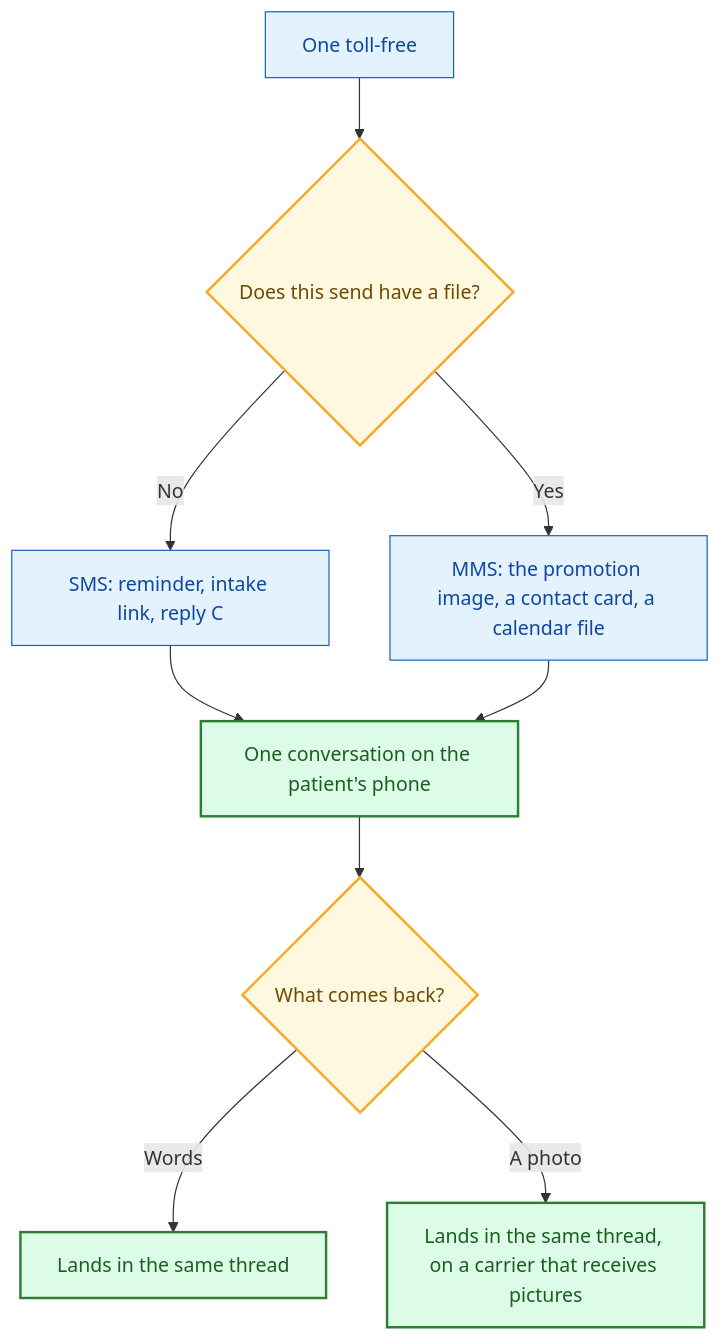
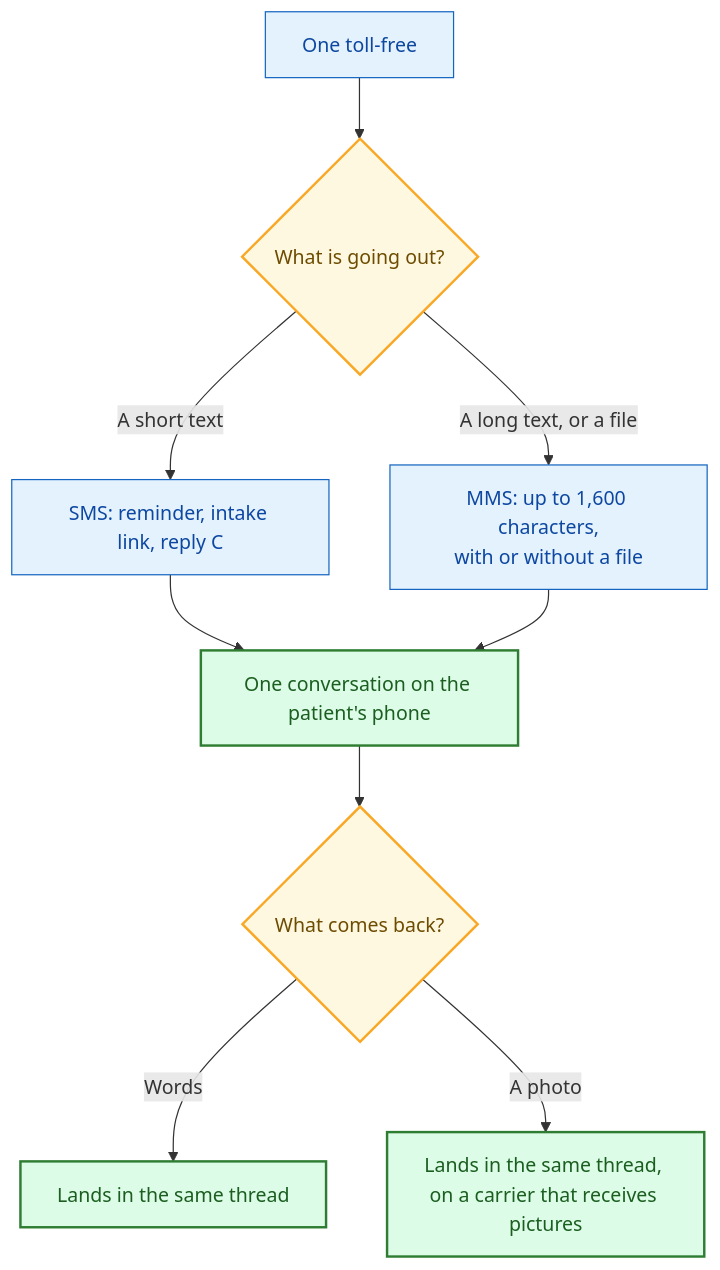
The third of 3 diagrams in docs/sms-and-picture-messages.md (daava-hq/shared-docs), drawn with Mermaid before and after one commit. The commit also changed other lines of this file, not shown here.

First line of the commit message:
Treat a long text as MMS, and drop contact cards

````diff
--- a/docs/sms-and-picture-messages.md
+++ b/docs/sms-and-picture-messages.md
@@ -134,19 +134,19 @@
 ```mermaid
 flowchart TD
-  NUM["One toll-free"] --> OUT{"Does this send have a file?"}
-  OUT -->|No| SMS["SMS: reminder, intake link, reply C"]
-  OUT -->|Yes| MMS["MMS: the promotion image, a contact card, a calendar file"]
+  NUM["One toll-free"] --> OUT{"What is going out?"}
+  OUT -->|"A short text"| SMS["SMS: reminder, intake link, reply C"]
+  OUT -->|"A long text, or a file"| MMS["MMS: up to 1,600 characters,<br/>with or without a file"]
   SMS --> THREAD["One conversation on the patient's phone"]
   MMS --> THREAD
   THREAD --> BACK{"What comes back?"}
   BACK -->|Words| WORDS["Lands in the same thread"]
   BACK -->|A photo| PIC["Lands in the same thread, on a carrier that receives pictures"]
 
   classDef decisionNode fill:#fff8e1,stroke:#f9a825,stroke-width:2px,color:#6d4c00
   classDef actionNode fill:#e3f2fd,stroke:#1565c0,color:#0d47a1
   classDef cleanNode fill:#dcfce7,stroke:#2e7d32,stroke-width:2px,color:#1b5e20
 
   class OUT,BACK decisionNode
   class NUM,SMS,MMS actionNode
   class THREAD,WORDS,PIC cleanNode
 ```
````
